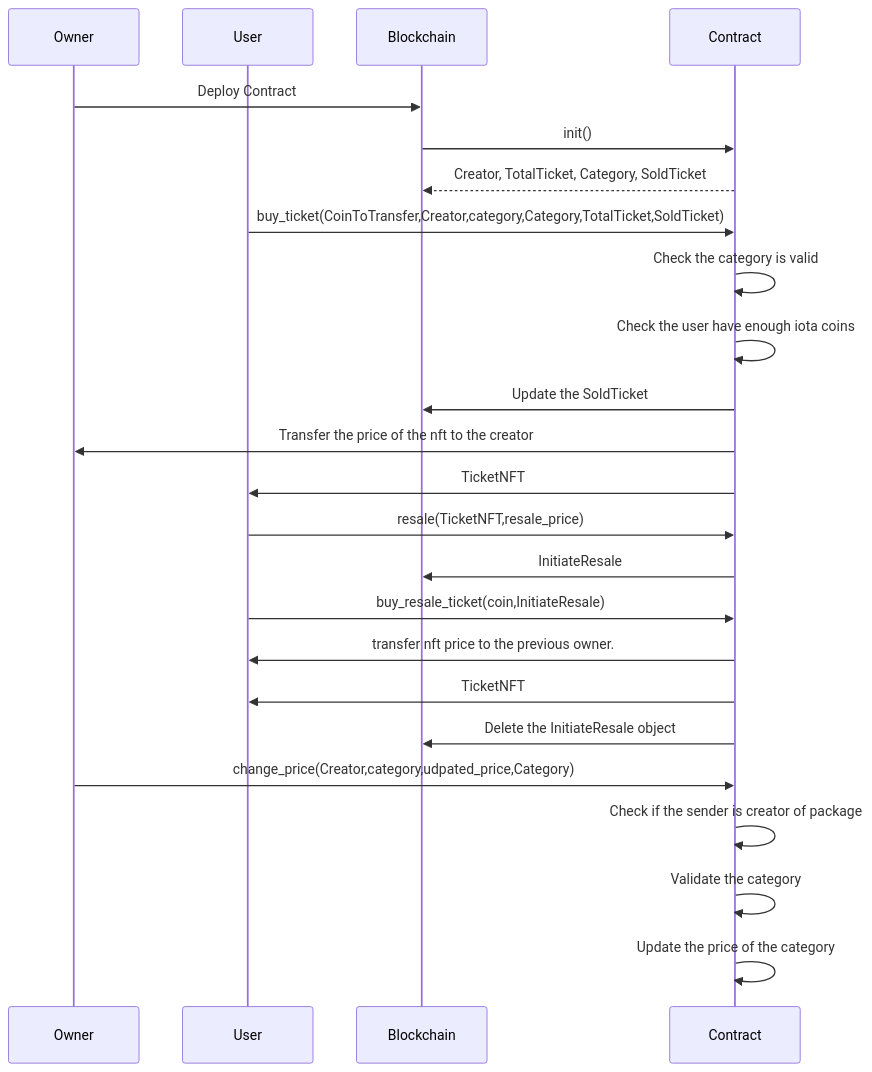
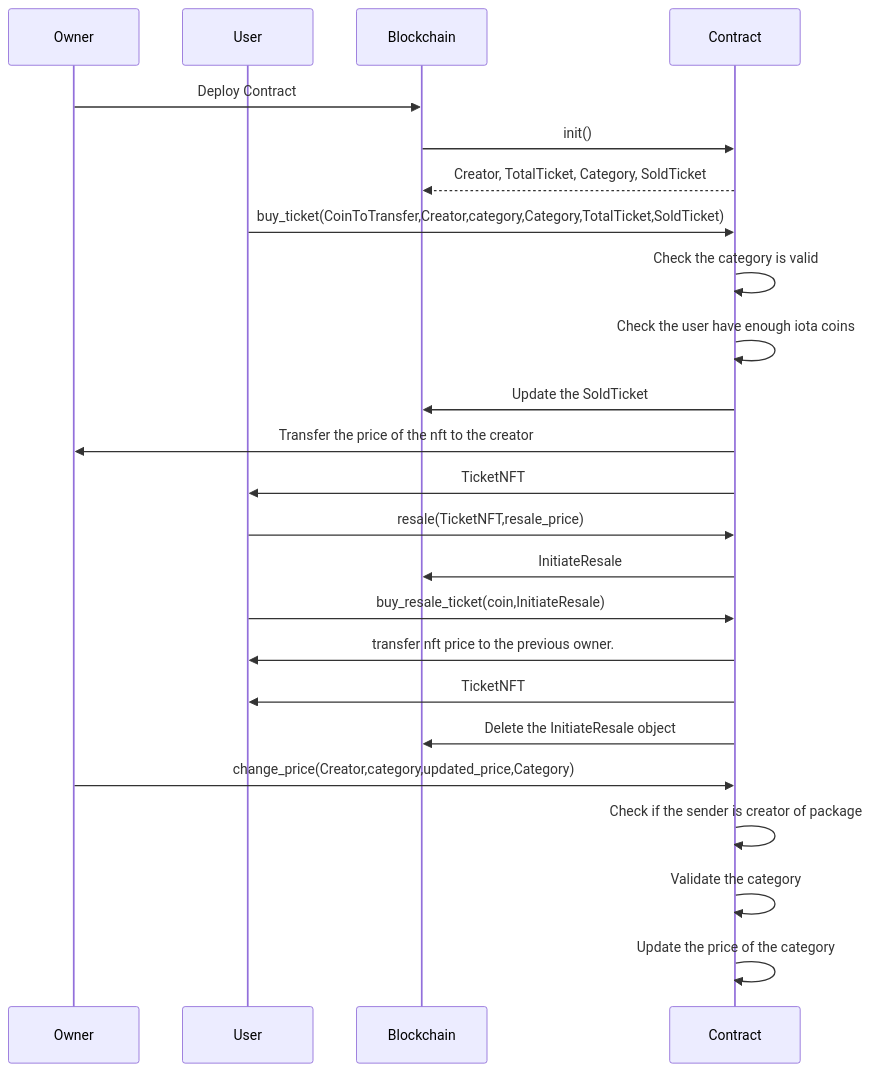
Before and after one commit to iotaledger/iota: the diagram in docs/content/developer/getting-started/live-concert.mdx, drawn with Mermaid. The commit also changed other lines of this file, not shown here.

````diff
--- a/docs/content/developer/getting-started/live-concert.mdx
+++ b/docs/content/developer/getting-started/live-concert.mdx
@@ -14,30 +16,30 @@
 ```mermaid 
 sequenceDiagram
     participant Owner as Owner
     participant User as User
     participant Blockchain as Blockchain
     participant Contract as Contract
     Owner->>Blockchain: Deploy Contract
     Blockchain->>Contract: init()
     Contract-->>Blockchain:Creator, TotalTicket, Category, SoldTicket
 
     User->>Contract: buy_ticket(CoinToTransfer,Creator,category,Category,TotalTicket,SoldTicket)
     Contract->>Contract: Check the category is valid
     Contract->>Contract: Check the user have enough iota coins
     Contract->>Blockchain: Update the SoldTicket
     Contract->>Owner: Transfer the price of the nft to the creator 
     Contract ->>User: TicketNFT
 
     User->>Contract: resale(TicketNFT,resale_price)
     Contract->>Blockchain: InitiateResale
 
     User->>Contract: buy_resale_ticket(coin,InitiateResale)
     Contract->>User: transfer nft price to the previous owner.
     Contract->>User: TicketNFT
     Contract->>Blockchain: Delete the InitiateResale object
 
-    Owner->>Contract: change_price(Creator,category,udpated_price,Category)
+    Owner->>Contract: change_price(Creator,category,updated_price,Category)
     Contract->>Contract: Check if the sender is creator of package
     Contract->>Contract: Validate the category
     Contract->>Contract: Update the price of the category
 ```
````
